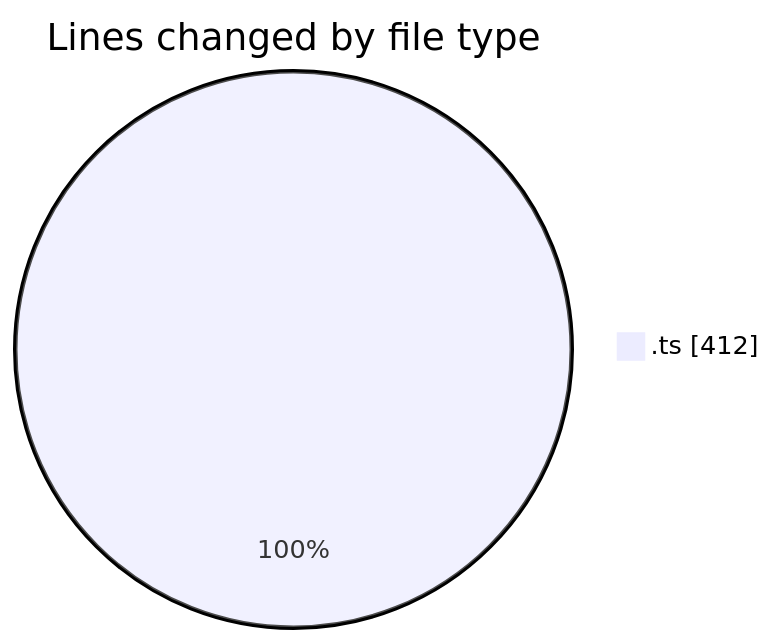
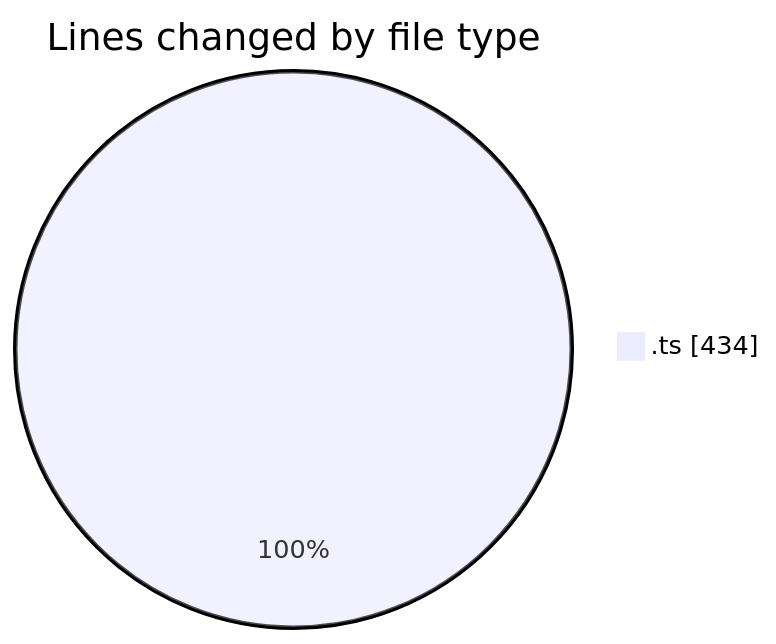
One commit to CELIANVF/code-tracking changed the first of 2 diagrams in 2025-06-03/ecodeli-1/README.md. Above: the diagram before and after it, drawn with Mermaid. The commit also changed other lines of this file and 1 other file, not shown here.

````diff
--- a/2025-06-03/ecodeli-1/README.md
+++ b/2025-06-03/ecodeli-1/README.md
@@ -27,5 +28,5 @@
 ```mermaid
 pie showData
 title Lines changed by file type
-".ts" : 412
+".ts" : 434
 ```
````
